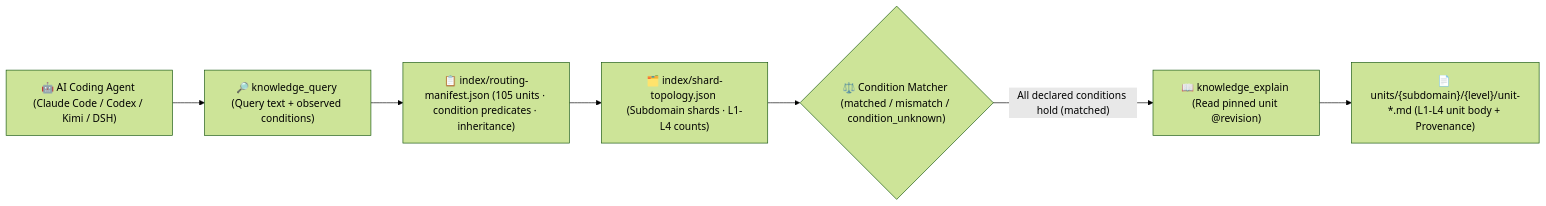
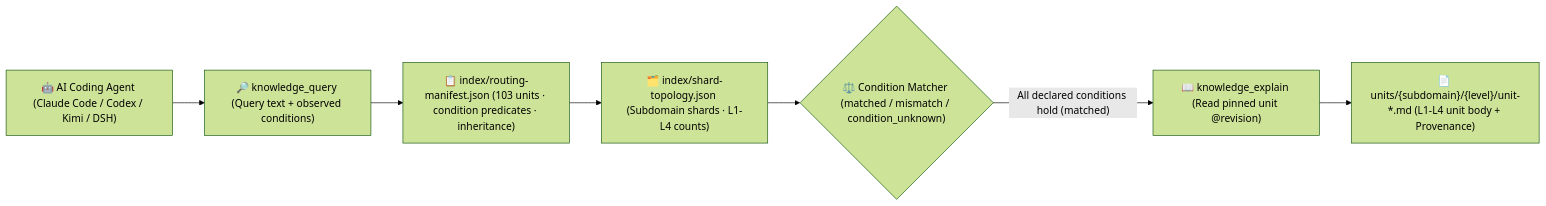
One commit to mindie-agent/knowledge-operators changed the diagram in README.en.md. Above: the diagram before and after it, drawn with Mermaid (forest theme). The commit also changed other lines of this file and 5 other files, not shown here.

````diff
--- a/README.en.md
+++ b/README.en.md
@@ -102,13 +102,13 @@
 ```mermaid
 flowchart LR
   Agent["🤖 AI Coding Agent (Claude Code / Codex / Kimi / DSH)"]
   Query["🔎 knowledge_query (Query text + observed conditions)"]
-  Manifest["📋 index/routing-manifest.json (105 units · condition predicates · inheritance)"]
+  Manifest["📋 index/routing-manifest.json (103 units · condition predicates · inheritance)"]
   Topology["🗂️ index/shard-topology.json (Subdomain shards · L1-L4 counts)"]
   Match{"⚖️ Condition Matcher (matched / mismatch / condition_unknown)"}
   Explain["📖 knowledge_explain (Read pinned unit @revision)"]
   Units["📄 units/{subdomain}/{level}/unit-*.md (L1-L4 unit body + Provenance)"]
 
   Agent --> Query --> Manifest --> Topology --> Match
   Match -- "All declared conditions hold (matched)" --> Explain --> Units
 ```
````
